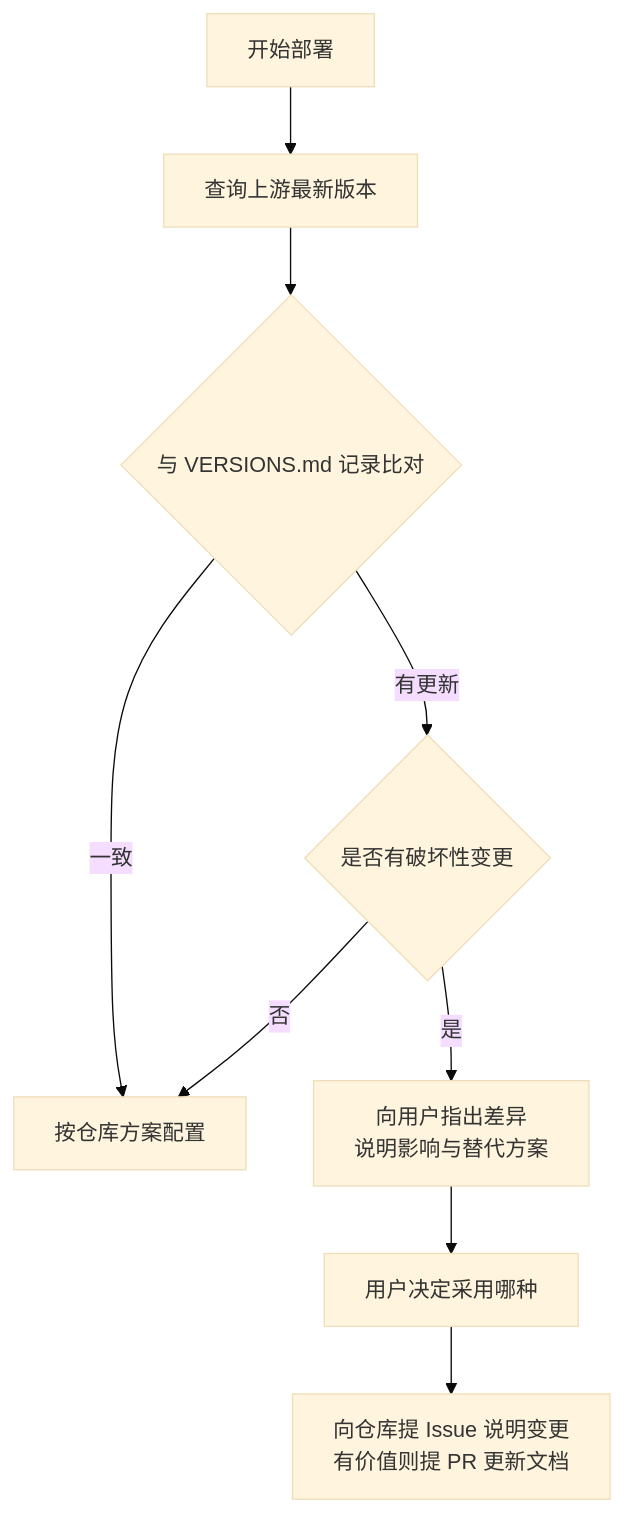
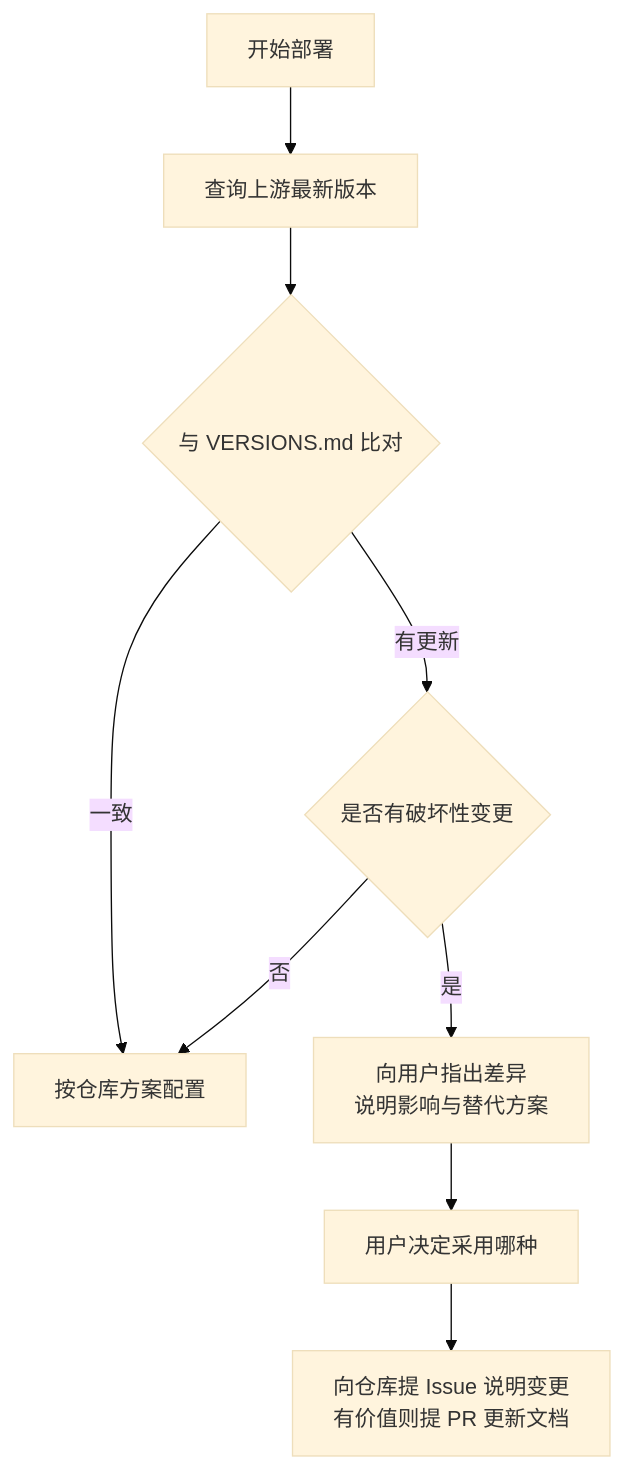
One commit to DamienZCollins/Personal-Proxy changed the diagram in AGENTS.md. Above: the diagram before and after it, drawn with Mermaid (base theme). The commit also changed other lines of this file and 8 other files, not shown here.

````diff
--- a/AGENTS.md
+++ b/AGENTS.md
@@ -168,11 +167,11 @@
 ```mermaid
 flowchart TB
     A[开始部署] --> B[查询上游最新版本]
-    B --> C{与 VERSIONS.md 记录比对}
+    B --> C{与 VERSIONS.md 比对}
     C -->|一致| D[按仓库方案配置]
     C -->|有更新| E{是否有破坏性变更}
     E -->|否| D
     E -->|是| F[向用户指出差异<br/>说明影响与替代方案]
     F --> G[用户决定采用哪种]
     G --> H[向仓库提 Issue 说明变更<br/>有价值则提 PR 更新文档]
 ```
````
